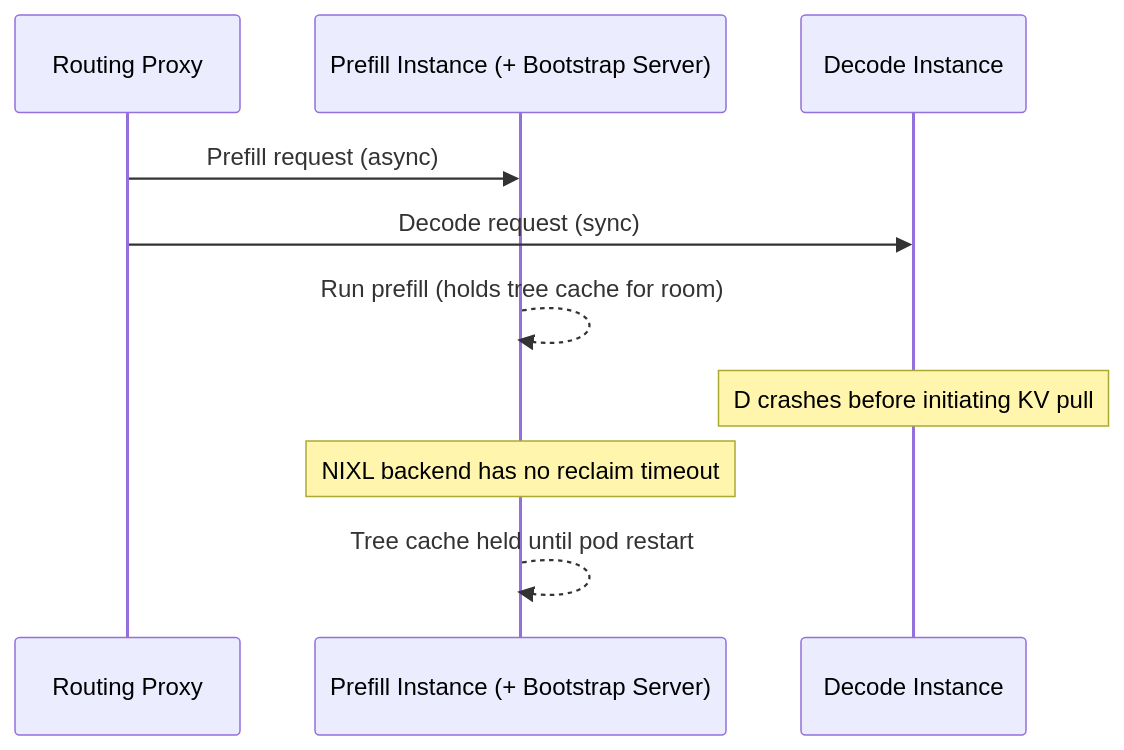
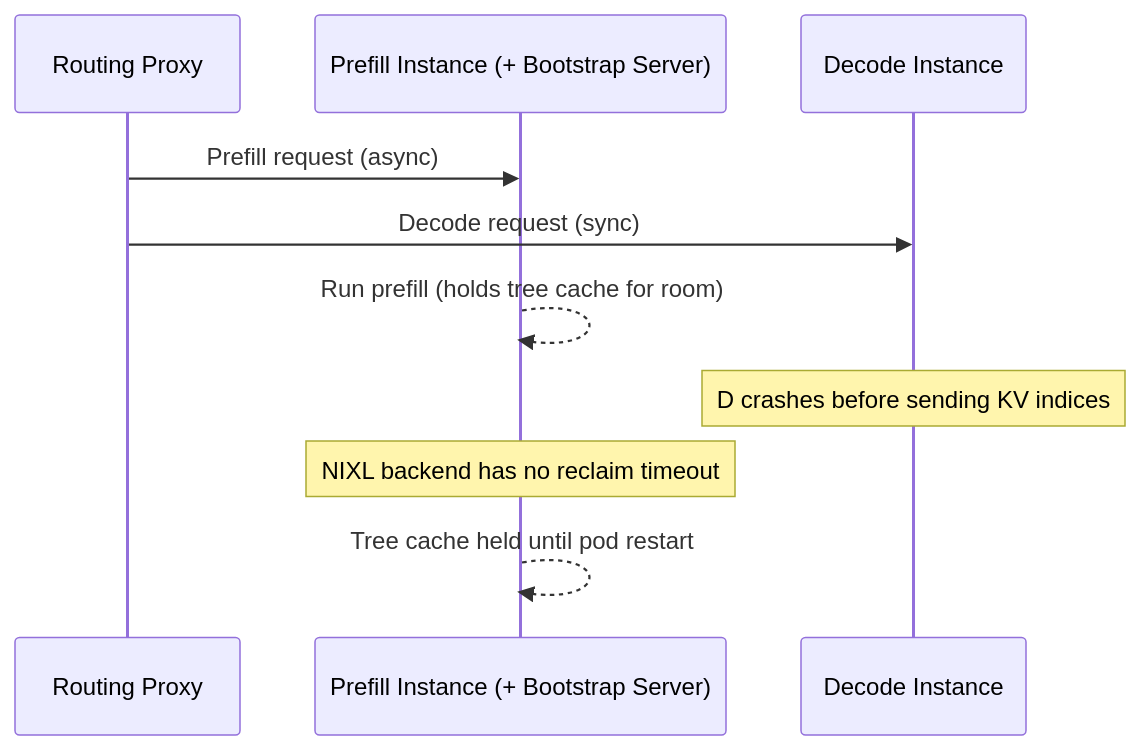
The third of 3 diagrams in docs/architecture/advanced/disaggregation/operations-sglang.md (llm-d/llm-d), drawn with Mermaid before and after one commit. The commit also changed other lines of this file, not shown here.

````diff
--- a/docs/architecture/advanced/disaggregation/operations-sglang.md
+++ b/docs/architecture/advanced/disaggregation/operations-sglang.md
@@ -120,13 +125,13 @@
 ```mermaid
 sequenceDiagram
     participant R as Routing Proxy
     participant P as Prefill Instance (+ Bootstrap Server)
     participant D as Decode Instance
 
     R->>P: Prefill request (async)
     R->>D: Decode request (sync)
     P-->>P: Run prefill (holds tree cache for room)
-    note over D: D crashes before initiating KV pull
+    note over D: D crashes before sending KV indices
     note over P: NIXL backend has no reclaim timeout
     P-->>P: Tree cache held until pod restart
 ```
````
